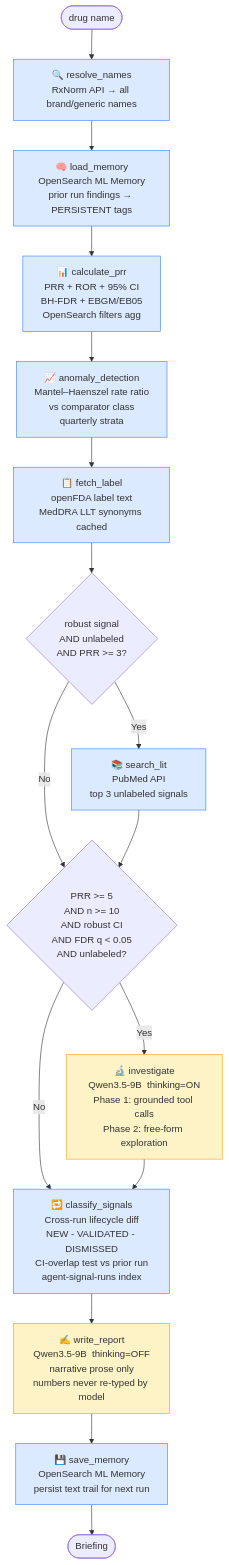
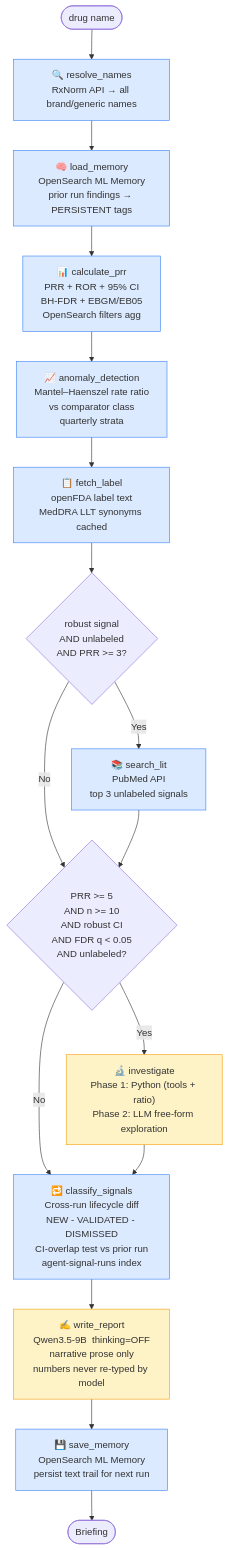
One commit to al-Zamakhshari/drug-safety-signal-agent changed the first of 4 diagrams in README.md. Above: the diagram before and after it, drawn with Mermaid. The commit also changed other lines of this file, not shown here.

First line of the commit message:
Update docs: Phase 1 investigation is now Python, not LLM

````diff
--- a/README.md
+++ b/README.md
@@ -55,53 +55,53 @@
 ```mermaid
 flowchart TD
     start([drug name]) --> RN
 
     RN["🔍 resolve_names\nRxNorm API → all brand/generic names"]
     RN --> LM
 
     LM["🧠 load_memory\nOpenSearch ML Memory\nprior run findings → PERSISTENT tags"]
     LM --> PRR
 
     PRR["📊 calculate_prr\nPRR + ROR + 95% CI\nBH-FDR + EBGM/EB05\nOpenSearch filters agg"]
     PRR --> AD
 
     AD["📈 anomaly_detection\nMantel–Haenszel rate ratio\nvs comparator class\nquarterly strata"]
     AD --> FL
 
     FL["📋 fetch_label\nopenFDA label text\nMedDRA LLT synonyms cached"]
     FL --> R1
 
     R1{"robust signal\nAND unlabeled\nAND PRR >= 3?"}
     R1 -->|Yes| SL
     R1 -->|No| R2
 
     SL["📚 search_lit\nPubMed API\ntop 3 unlabeled signals"]
     SL --> R2
 
     R2{"PRR >= 5\nAND n >= 10\nAND robust CI\nAND FDR q < 0.05\nAND unlabeled?"}
     R2 -->|Yes| INV
     R2 -->|No| CS
 
-    INV["🔬 investigate\nQwen3.5-9B  thinking=ON\nPhase 1: grounded tool calls\nPhase 2: free-form exploration"]
+    INV["🔬 investigate\nPhase 1: Python (tools + ratio)\nPhase 2: LLM free-form exploration"]
     INV --> CS
 
     CS["🔁 classify_signals\nCross-run lifecycle diff\nNEW - VALIDATED - DISMISSED\nCI-overlap test vs prior run\nagent-signal-runs index"]
     CS --> WR
 
     WR["✍️ write_report\nQwen3.5-9B  thinking=OFF\nnarrative prose only\nnumbers never re-typed by model"]
     WR --> SM
 
     SM["💾 save_memory\nOpenSearch ML Memory\npersist text trail for next run"]
     SM --> out([Briefing])
 
     style PRR fill:#dbeafe,stroke:#3b82f6
     style AD fill:#dbeafe,stroke:#3b82f6
     style FL fill:#dbeafe,stroke:#3b82f6
     style SL fill:#dbeafe,stroke:#3b82f6
     style RN fill:#dbeafe,stroke:#3b82f6
     style LM fill:#dbeafe,stroke:#3b82f6
     style CS fill:#dbeafe,stroke:#3b82f6
     style SM fill:#dbeafe,stroke:#3b82f6
     style INV fill:#fef3c7,stroke:#f59e0b
     style WR fill:#fef3c7,stroke:#f59e0b
 ```
````
